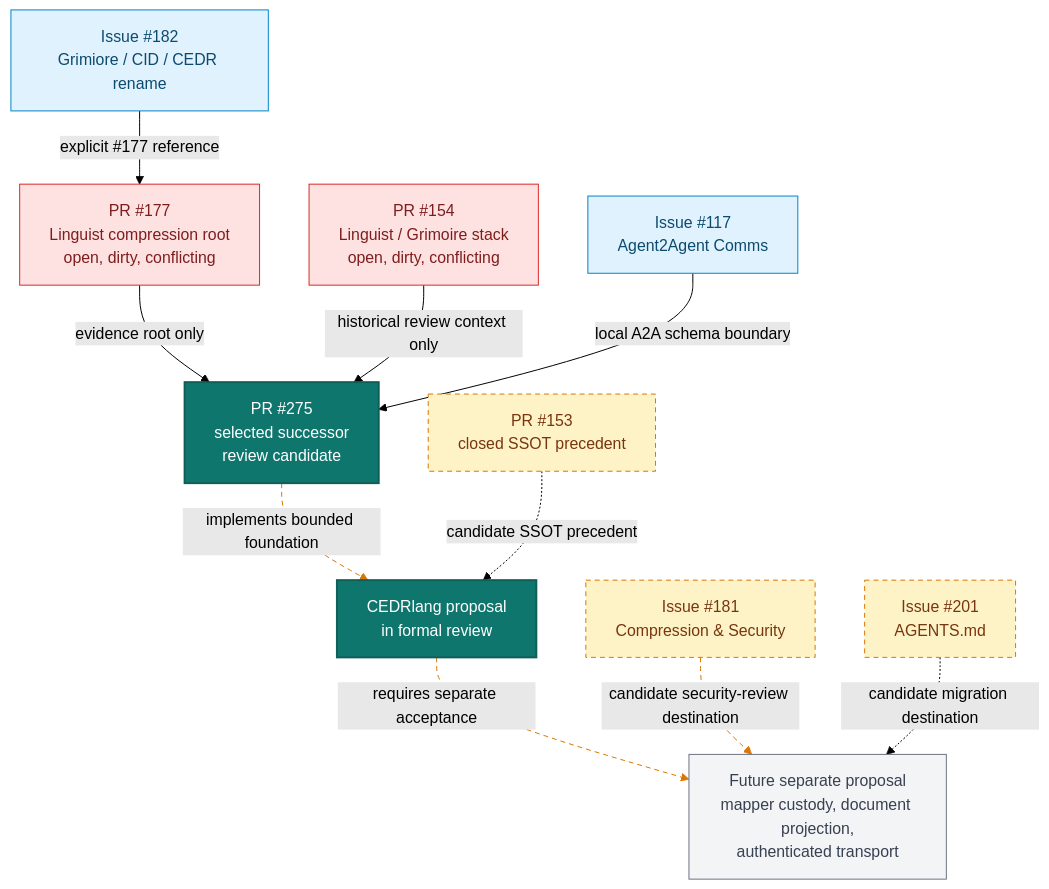
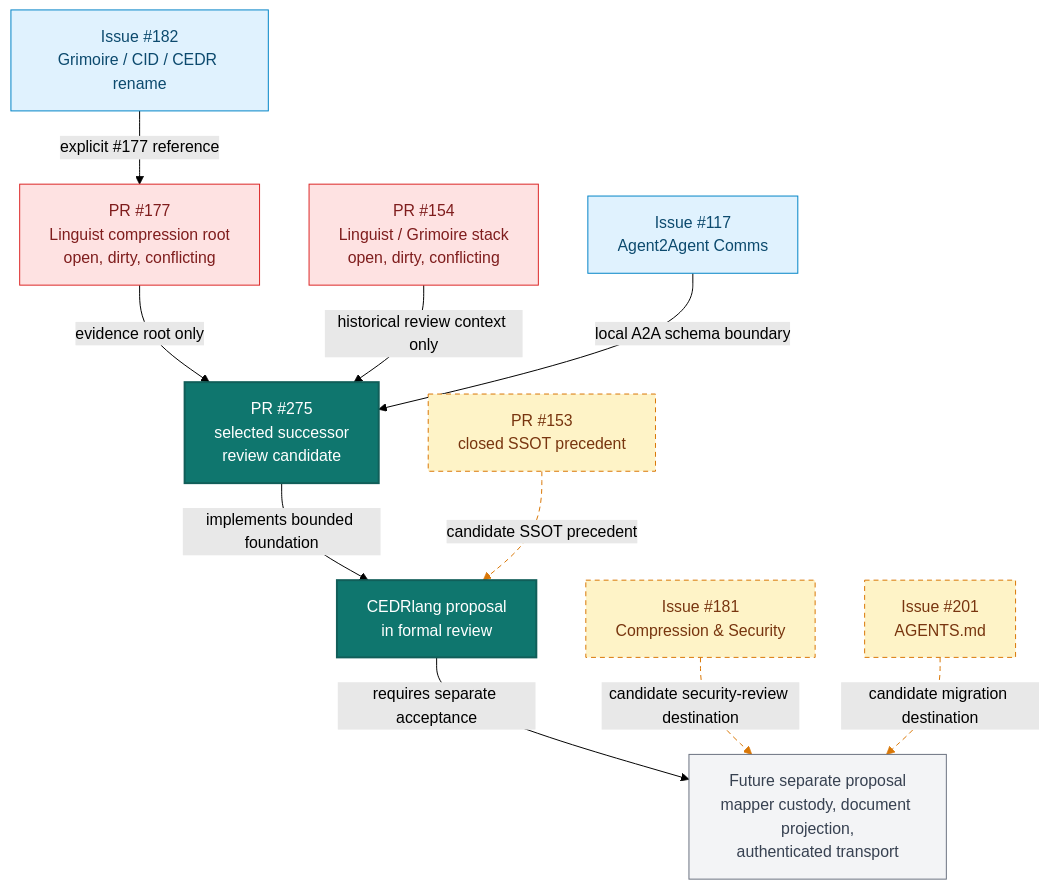
Before and after one commit to timerloggedout-spec/termux-monorepo: the diagram in docs/reviews/linguist-177/current-integration-relationships.mmd, drawn with Mermaid (forest theme). The commit also changed 9 other files, not shown here.

```diff
--- a/docs/reviews/linguist-177/current-integration-relationships.mmd
+++ b/docs/reviews/linguist-177/current-integration-relationships.mmd
@@ -1,29 +1,29 @@
 flowchart TD
   classDef selected fill:#0f766e,color:#ffffff,stroke:#115e59,stroke-width:2px
   classDef verified fill:#e0f2fe,color:#0c4a6e,stroke:#0284c7
   classDef candidate fill:#fef3c7,color:#78350f,stroke:#d97706,stroke-dasharray: 5 4
   classDef blocked fill:#fee2e2,color:#7f1d1d,stroke:#dc2626
   classDef boundary fill:#f3f4f6,color:#374151,stroke:#6b7280
 
-  I182[Issue #182<br/>Grimiore / CID / CEDR rename]:::verified
+  I182[Issue #182<br/>Grimoire / CID / CEDR rename]:::verified
   PR177[PR #177<br/>Linguist compression root<br/>open, dirty, conflicting]:::blocked
   PR154[PR #154<br/>Linguist / Grimoire stack<br/>open, dirty, conflicting]:::blocked
   I117[Issue #117<br/>Agent2Agent Comms]:::verified
   PR275[PR #275<br/>selected successor<br/>review candidate]:::selected
   P[CEDRlang proposal<br/>in formal review]:::selected
   I181[Issue #181<br/>Compression & Security]:::candidate
   I201[Issue #201<br/>AGENTS.md]:::candidate
   PR153[PR #153<br/>closed SSOT precedent]:::candidate
   B[Future separate proposal<br/>mapper custody, document projection,<br/>authenticated transport]:::boundary
 
   I182 -->|explicit #177 reference| PR177
   PR177 -->|evidence root only| PR275
   PR154 -->|historical review context only| PR275
   I117 -->|local A2A schema boundary| PR275
   PR275 -->|implements bounded foundation| P
   P -->|requires separate acceptance| B
   I181 -.->|candidate security-review destination| B
   I201 -.->|candidate migration destination| B
   PR153 -.->|candidate SSOT precedent| P
 
-  linkStyle 4,5,6 stroke:#d97706,stroke-dasharray: 5 4
+  linkStyle 6,7,8 stroke:#d97706,stroke-dasharray: 5 4
```
